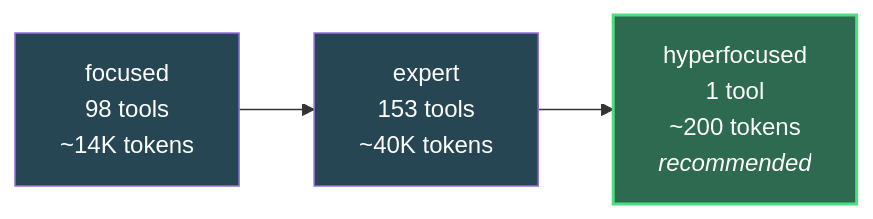
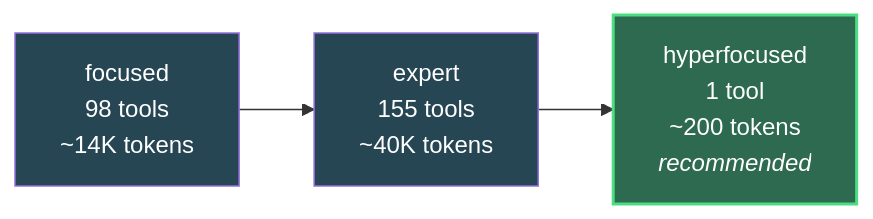
Before and after one commit to SkvallKu/vibing-steampunk: the third of 3 diagrams in README.md, drawn with Mermaid. The commit also changed other lines of this file and 21 other files, not shown here.

````diff
--- a/README.md
+++ b/README.md
@@ -2388,8 +2388,8 @@
 ```mermaid
 graph LR
-    F["focused<br/>98 tools<br/>~14K tokens"] --> E["expert<br/>153 tools<br/>~40K tokens"]
+    F["focused<br/>98 tools<br/>~14K tokens"] --> E["expert<br/>155 tools<br/>~40K tokens"]
     E --> H["hyperfocused<br/>1 tool<br/>~200 tokens<br/><i>recommended</i>"]
     style H fill:#2d6a4f,color:#fff,stroke:#4ade80,stroke-width:2px
     style F fill:#264653,color:#fff
     style E fill:#264653,color:#fff
 ```
````
